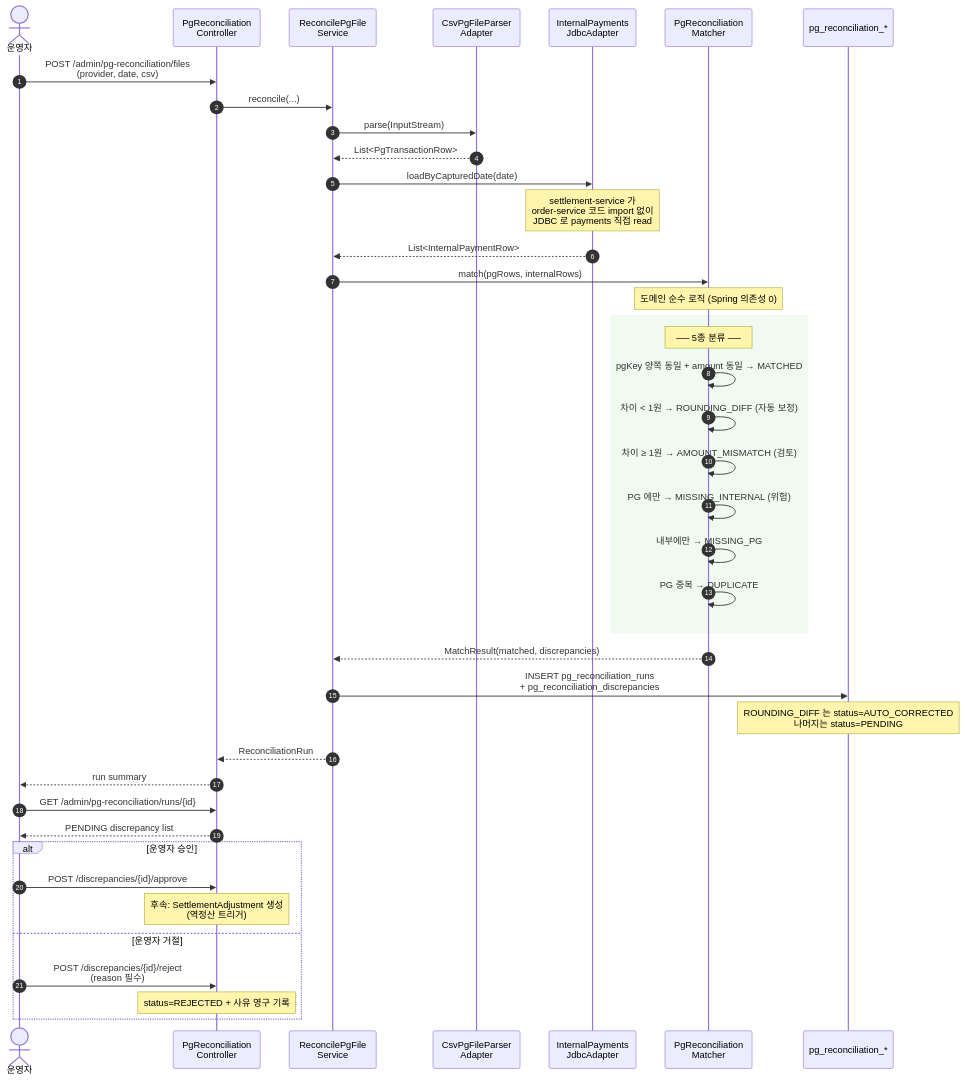
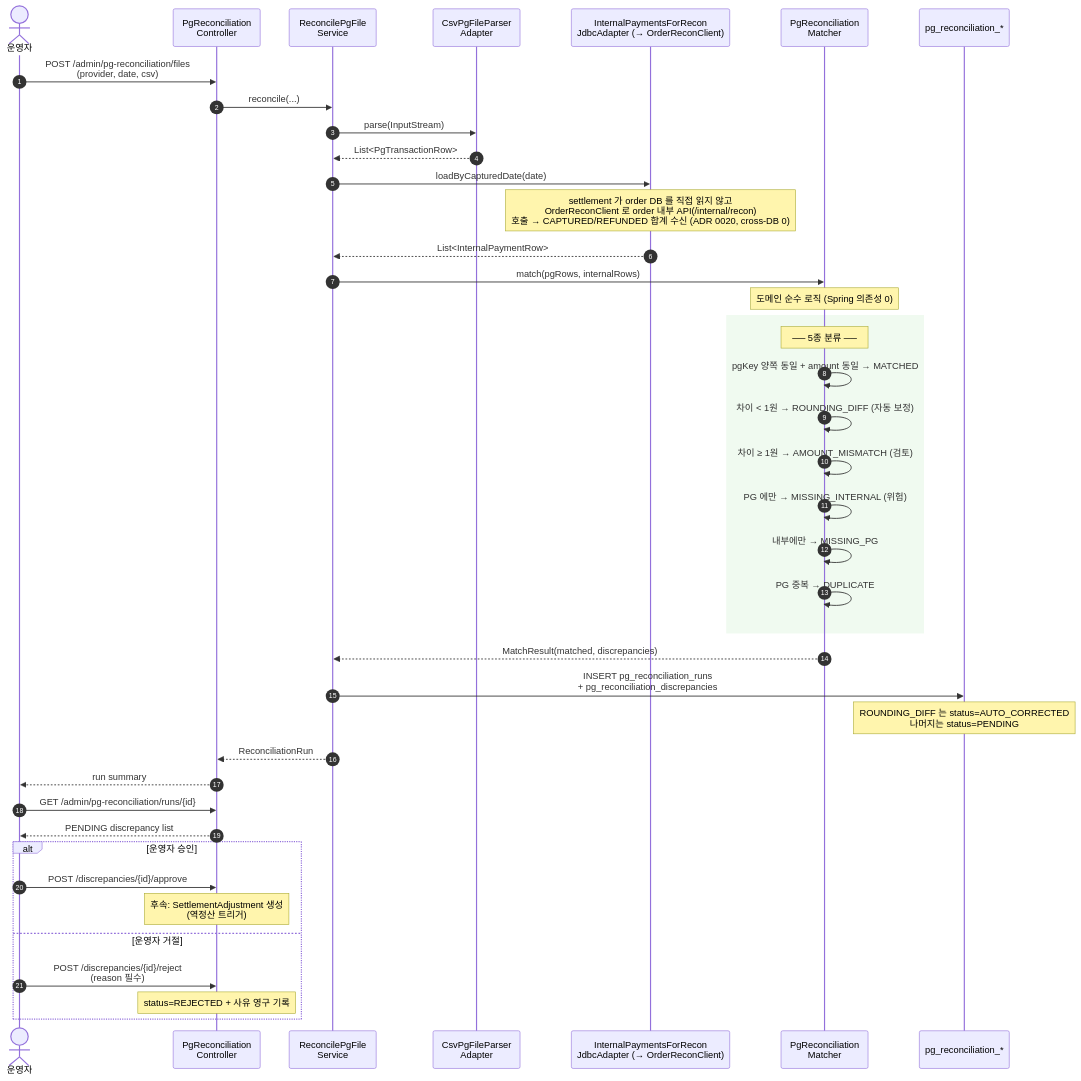
The diagram in docs/diagrams/sequence-pg-reconciliation.md (MyoungSoo7/settlement), drawn with Mermaid before and after one commit. The commit also changed 1589 other files, not shown here.

````diff
--- a/docs/diagrams/sequence-pg-reconciliation.md
+++ b/docs/diagrams/sequence-pg-reconciliation.md
@@ -5,52 +5,52 @@
 ```mermaid
 sequenceDiagram
     autonumber
     actor Op as 운영자
     participant API as PgReconciliation<br/>Controller
     participant Svc as ReconcilePgFile<br/>Service
     participant Parser as CsvPgFileParser<br/>Adapter
-    participant Internal as InternalPayments<br/>JdbcAdapter
+    participant Internal as InternalPaymentsForRecon<br/>JdbcAdapter (→ OrderReconClient)
     participant Match as PgReconciliation<br/>Matcher
     participant DB as pg_reconciliation_*
 
     Op->>API: POST /admin/pg-reconciliation/files<br/>(provider, date, csv)
     API->>Svc: reconcile(...)
     Svc->>Parser: parse(InputStream)
     Parser-->>Svc: List<PgTransactionRow>
 
     Svc->>Internal: loadByCapturedDate(date)
-    Note over Internal: settlement-service 가<br/>order-service 코드 import 없이<br/>JDBC 로 payments 직접 read
+    Note over Internal: settlement 가 order DB 를 직접 읽지 않고<br/>OrderReconClient 로 order 내부 API(/internal/recon)<br/>호출 → CAPTURED/REFUNDED 합계 수신 (ADR 0020, cross-DB 0)
     Internal-->>Svc: List<InternalPaymentRow>
 
     Svc->>Match: match(pgRows, internalRows)
     Note over Match: 도메인 순수 로직 (Spring 의존성 0)
 
     rect rgb(240, 250, 240)
         Note over Match: ── 5종 분류 ──
         Match->>Match: pgKey 양쪽 동일 + amount 동일 → MATCHED
         Match->>Match: 차이 < 1원 → ROUNDING_DIFF (자동 보정)
         Match->>Match: 차이 ≥ 1원 → AMOUNT_MISMATCH (검토)
         Match->>Match: PG 에만 → MISSING_INTERNAL (위험)
         Match->>Match: 내부에만 → MISSING_PG
         Match->>Match: PG 중복 → DUPLICATE
     end
 
     Match-->>Svc: MatchResult(matched, discrepancies)
 
     Svc->>DB: INSERT pg_reconciliation_runs<br/>+ pg_reconciliation_discrepancies
     Note over DB: ROUNDING_DIFF 는 status=AUTO_CORRECTED<br/>나머지는 status=PENDING
 
     Svc-->>API: ReconciliationRun
     API-->>Op: run summary
 
     Op->>API: GET /admin/pg-reconciliation/runs/{id}
     API-->>Op: PENDING discrepancy list
 
     alt 운영자 승인
         Op->>API: POST /discrepancies/{id}/approve
         Note over API: 후속: SettlementAdjustment 생성<br/>(역정산 트리거)
     else 운영자 거절
         Op->>API: POST /discrepancies/{id}/reject<br/>(reason 필수)
         Note over API: status=REJECTED + 사유 영구 기록
     end
 ```
````
